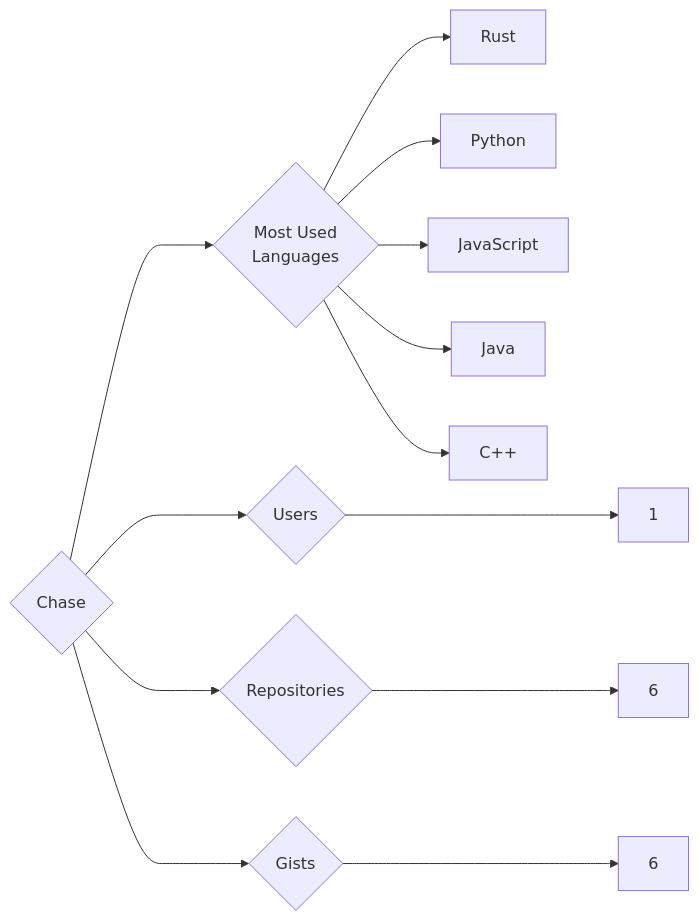
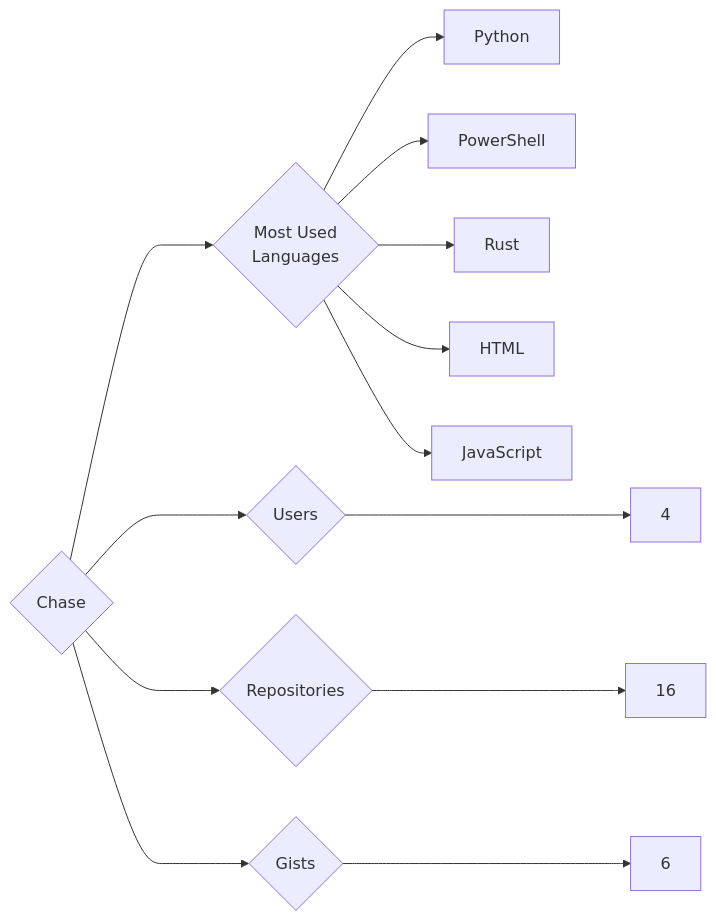
One commit to trickest/insiders changed the diagram in targets/Chase/README.md. Above: the diagram before and after it, drawn with Mermaid. The commit also changed 840 other files, not shown here.

````diff
--- a/targets/Chase/README.md
+++ b/targets/Chase/README.md
@@ -3,13 +3,13 @@
 ```mermaid
 graph LR
 COMPANY_NAME{Chase}
-COMPANY_NAME ---> U{Users} ---> UN[1]
-COMPANY_NAME ---> R{Repositories} ---> RN[6]
+COMPANY_NAME ---> U{Users} ---> UN[4]
+COMPANY_NAME ---> R{Repositories} ---> RN[16]
 COMPANY_NAME ---> G{Gists} ---> GN[6]
 COMPANY_NAME ---> ML{Most Used<br>Languages}
+ML --> Python[Python]
+ML --> PowerShell[PowerShell]
 ML --> Rust[Rust]
-ML --> Python[Python]
+ML --> HTML[HTML]
 ML --> JavaScript[JavaScript]
-ML --> Java[Java]
-ML --> C++[C++]
 ```
````
